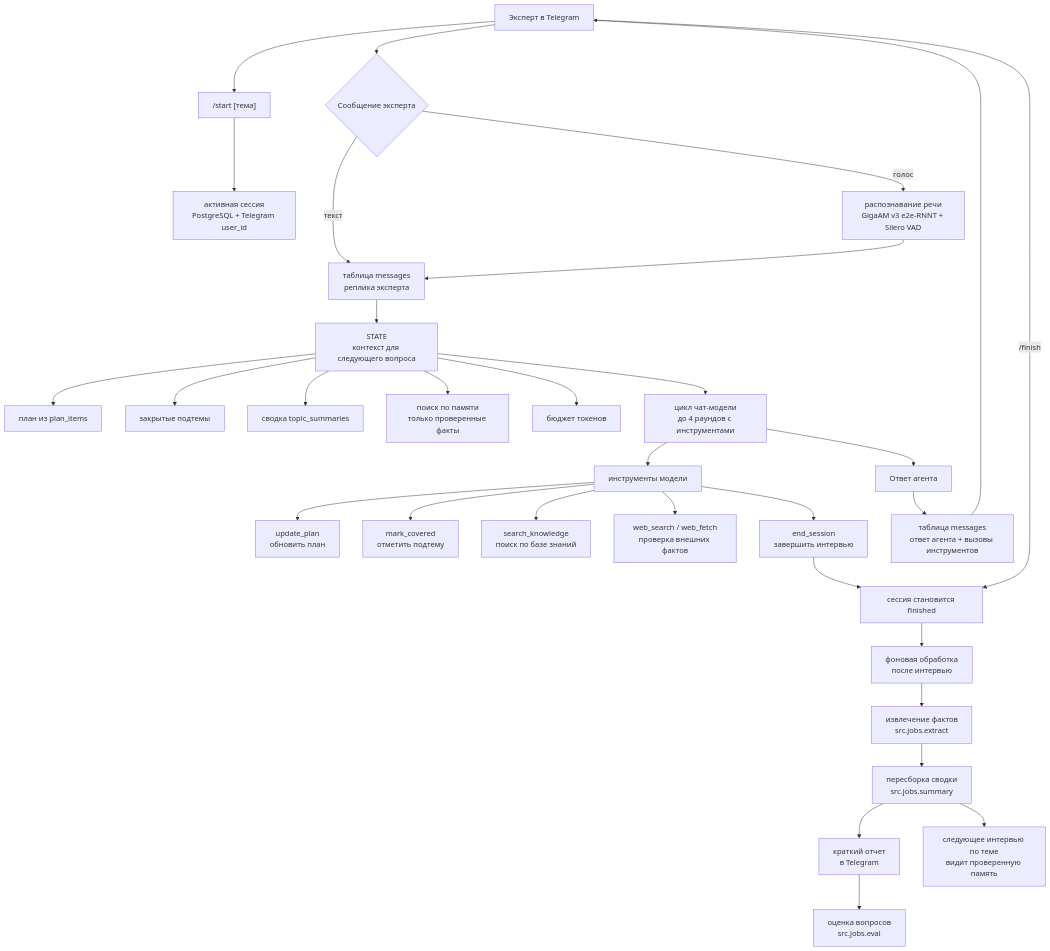
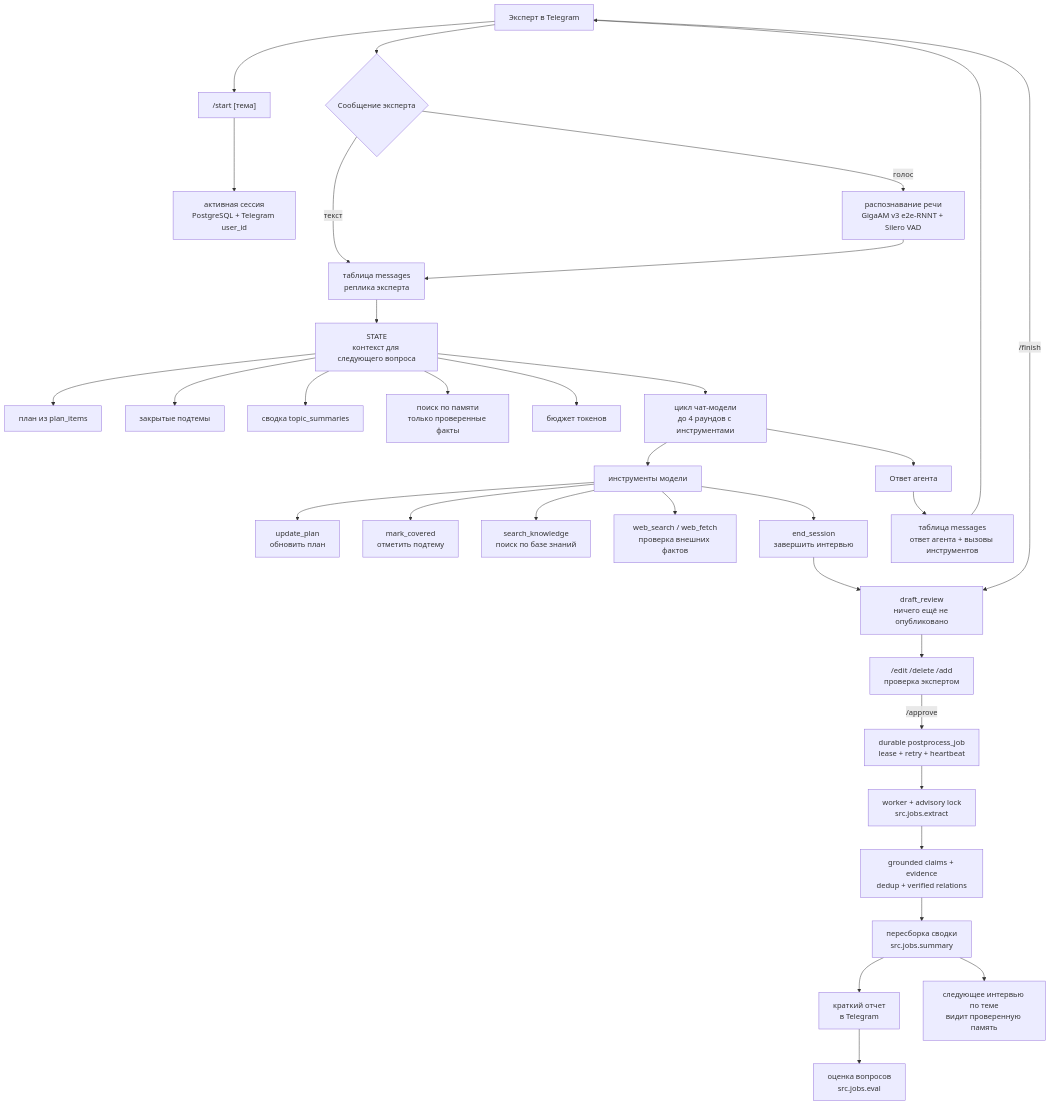
One commit to ovosh2281337/SverhAgent changed the first of 2 diagrams in README.md. Above: the diagram before and after it, drawn with Mermaid. The commit also changed other lines of this file, not shown here.

Commit message:
docs: update architecture and rollout guide

````diff
--- a/README.md
+++ b/README.md
@@ -21,37 +23,39 @@
 ```mermaid
 flowchart TD
     A["Эксперт в Telegram"] --> B["/start [тема]"]
     B --> C["активная сессия<br/>PostgreSQL + Telegram user_id"]
     A --> D{"Сообщение эксперта"}
     D -->|текст| E["таблица messages<br/>реплика эксперта"]
     D -->|голос| V["распознавание речи<br/>GigaAM v3 e2e-RNNT + Silero VAD"]
     V --> E
     E --> F["STATE<br/>контекст для следующего вопроса"]
 
     F --> F1["план из plan_items"]
     F --> F2["закрытые подтемы"]
     F --> F3["сводка topic_summaries"]
     F --> F4["поиск по памяти<br/>только проверенные факты"]
     F --> F5["бюджет токенов"]
 
     F --> G["цикл чат-модели<br/>до 4 раундов с инструментами"]
     G --> H["инструменты модели"]
     H --> H1["update_plan<br/>обновить план"]
     H --> H2["mark_covered<br/>отметить подтему"]
     H --> H3["search_knowledge<br/>поиск по базе знаний"]
     H --> H4["web_search / web_fetch<br/>проверка внешних фактов"]
     H --> H5["end_session<br/>завершить интервью"]
 
     G --> I["Ответ агента"]
     I --> I1["таблица messages<br/>ответ агента + вызовы инструментов"]
     I1 --> A
 
-    H5 --> J["сессия становится finished"]
+    H5 --> J["draft_review<br/>ничего ещё не опубликовано"]
     A -->|/finish| J
-    J --> K["фоновая обработка<br/>после интервью"]
-    K --> L["извлечение фактов<br/>src.jobs.extract"]
-    L --> M["пересборка сводки<br/>src.jobs.summary"]
+    J --> J1["/edit /delete /add<br/>проверка экспертом"]
+    J1 -->|/approve| K["durable postprocess_job<br/>lease + retry + heartbeat"]
+    K --> L["worker + advisory lock<br/>src.jobs.extract"]
+    L --> L1["grounded claims + evidence<br/>dedup + verified relations"]
+    L1 --> M["пересборка сводки<br/>src.jobs.summary"]
     M --> N["краткий отчет<br/>в Telegram"]
     N --> O["оценка вопросов<br/>src.jobs.eval"]
     M --> P["следующее интервью по теме<br/>видит проверенную память"]
 ```
````
